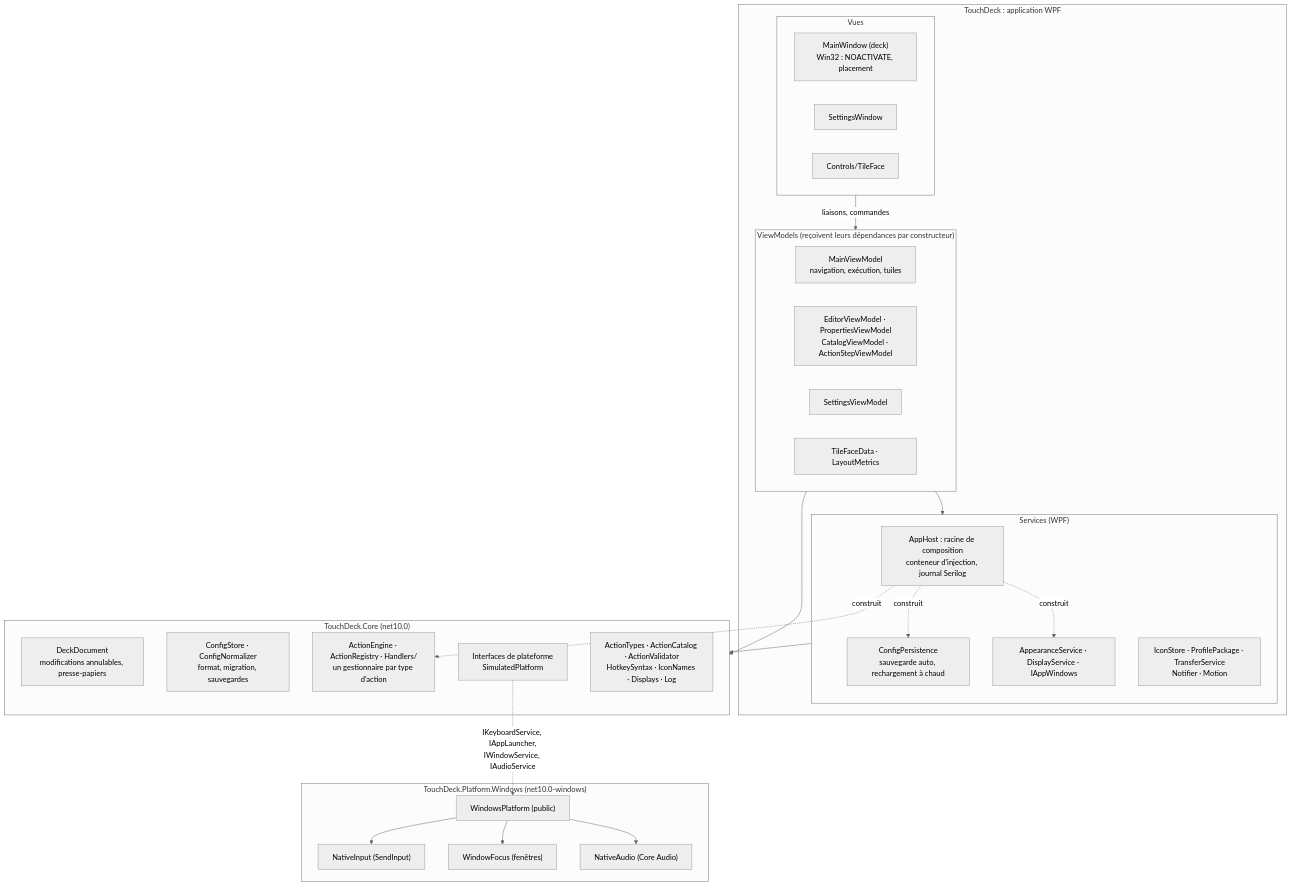
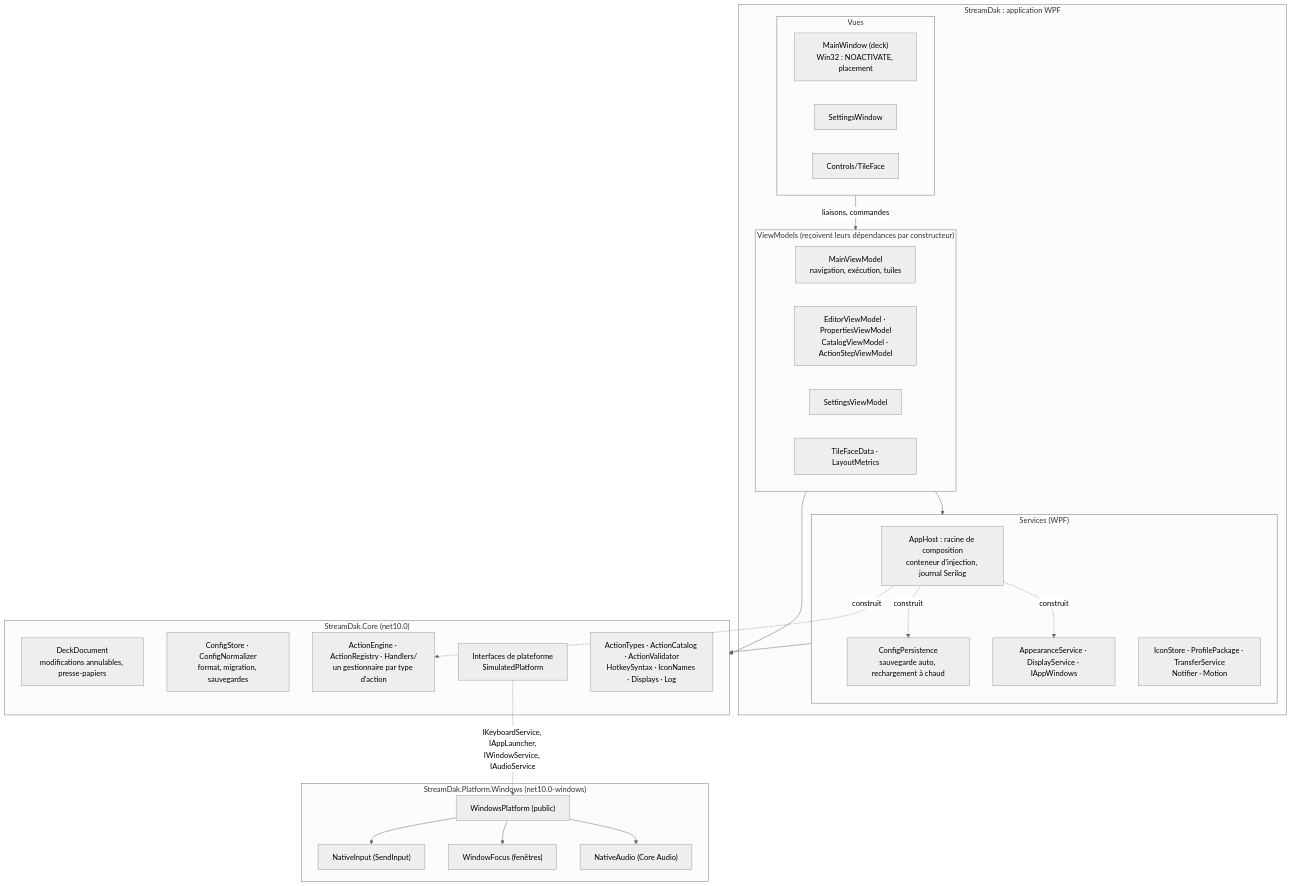
Before and after one commit to Dakire/StreamDeck: the first of 4 diagrams in docs/ARCHITECTURE.md, drawn with Mermaid (neutral theme). The commit also changed other lines of this file and 318 other files, not shown here.

````diff
--- a/docs/ARCHITECTURE.md
+++ b/docs/ARCHITECTURE.md
@@ -13,42 +13,42 @@
 ```mermaid
 flowchart TB
-    subgraph App["TouchDeck : application WPF"]
+    subgraph App["StreamDak : application WPF"]
         subgraph Vues["Vues"]
             MW["MainWindow (deck)<br/>Win32 : NOACTIVATE, placement"]
             SW[SettingsWindow]
             TF[Controls/TileFace]
         end
         subgraph VM["ViewModels (reçoivent leurs dépendances par constructeur)"]
             MVM["MainViewModel<br/>navigation, exécution, tuiles"]
             EVM["EditorViewModel · PropertiesViewModel<br/>CatalogViewModel · ActionStepViewModel"]
             SVM[SettingsViewModel]
             LM["TileFaceData · LayoutMetrics"]
         end
         subgraph Services["Services (WPF)"]
             AH["AppHost : racine de composition<br/>conteneur d'injection, journal Serilog"]
             CP["ConfigPersistence<br/>sauvegarde auto, rechargement à chaud"]
             AP["AppearanceService · DisplayService · IAppWindows"]
             OT["IconStore · ProfilePackage · TransferService<br/>Notifier · Motion"]
         end
     end
-    subgraph Core["TouchDeck.Core (net10.0)"]
+    subgraph Core["StreamDak.Core (net10.0)"]
         DD["DeckDocument<br/>modifications annulables, presse-papiers"]
         CS["ConfigStore · ConfigNormalizer<br/>format, migration, sauvegardes"]
         AE["ActionEngine · ActionRegistry · Handlers/<br/>un gestionnaire par type d'action"]
         PI["Interfaces de plateforme<br/>SimulatedPlatform"]
         UT["ActionTypes · ActionCatalog · ActionValidator<br/>HotkeySyntax · IconNames · Displays · Log"]
     end
-    subgraph Win["TouchDeck.Platform.Windows (net10.0-windows)"]
+    subgraph Win["StreamDak.Platform.Windows (net10.0-windows)"]
         WP["WindowsPlatform (public)"]
         NI["NativeInput (SendInput)"]
         WF["WindowFocus (fenêtres)"]
         NA["NativeAudio (Core Audio)"]
     end
     Vues -- "liaisons, commandes" --> VM
     VM --> Services
     VM --> Core
     Services --> Core
     AH -. "construit" .-> CP & AP & AE
     PI -. "IKeyboardService, IAppLauncher,<br/>IWindowService, IAudioService" .-> WP
     WP --> NI & WF & NA
 ```
````
